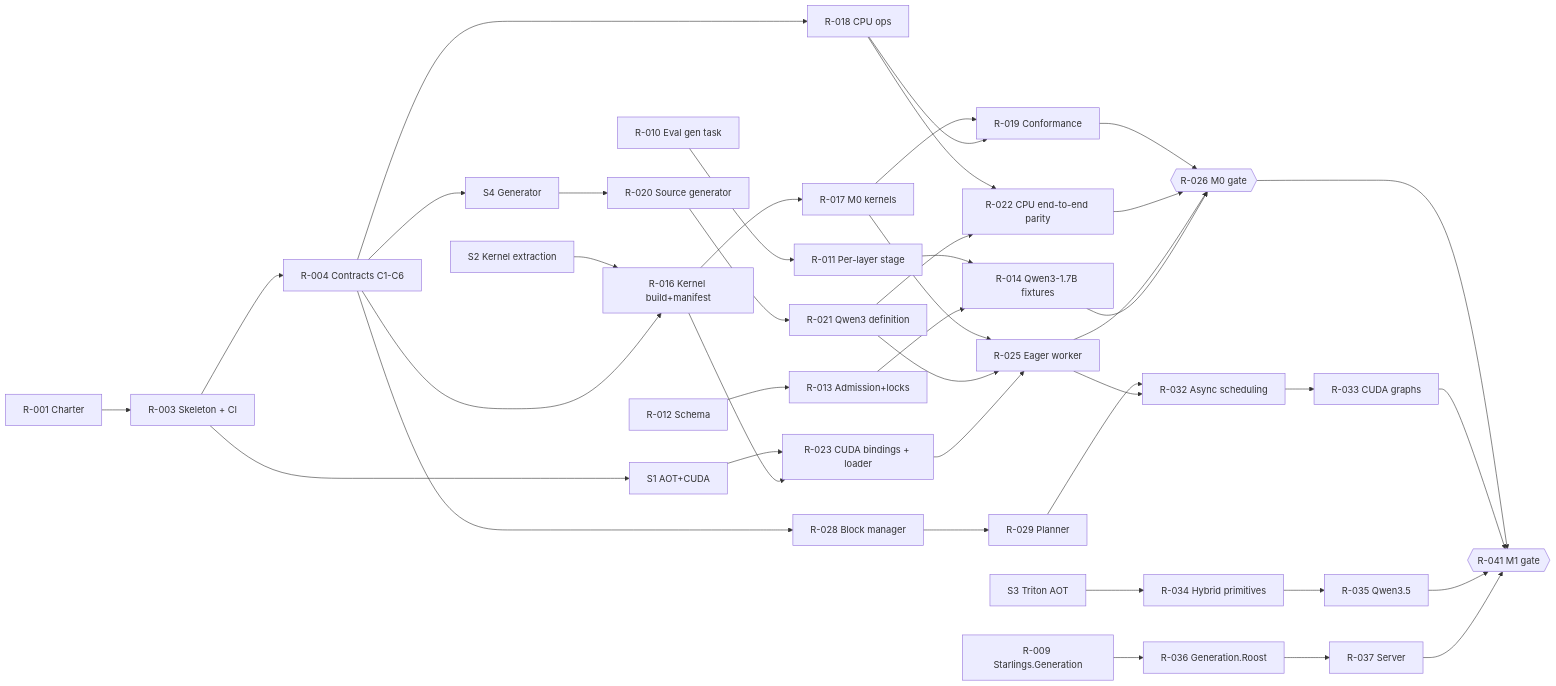
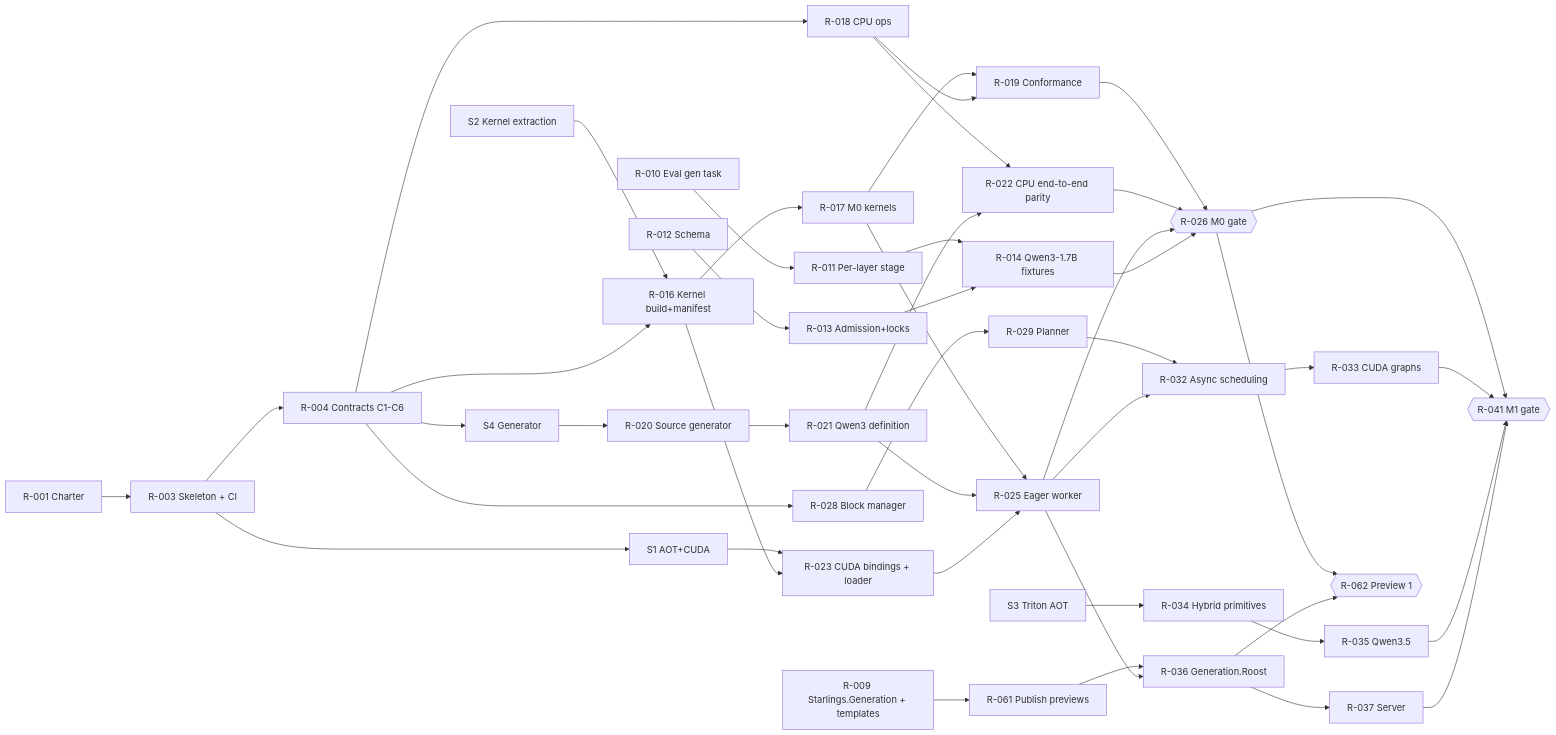
Before and after one commit to starlinghq/roost: the diagram in docs/plan/build-plan.md, drawn with Mermaid. The commit also changed other lines of this file and 1 other file, not shown here.

````diff
--- a/docs/plan/build-plan.md
+++ b/docs/plan/build-plan.md
@@ -157,23 +168,26 @@
 ```mermaid
 flowchart LR
   R001[R-001 Charter] --> R003[R-003 Skeleton + CI]
   R003 --> R004[R-004 Contracts C1-C6]
   R003 --> S1[S1 AOT+CUDA]
   S2[S2 Kernel extraction] --> R016[R-016 Kernel build+manifest]
   R004 --> R016 --> R017[R-017 M0 kernels]
   R004 --> S4[S4 Generator] --> R020[R-020 Source generator]
   R004 --> R018[R-018 CPU ops]
   R020 --> R021[R-021 Qwen3 definition]
   R018 & R021 --> R022[R-022 CPU end-to-end parity]
   S1 & R016 --> R023[R-023 CUDA bindings + loader]
   R017 & R021 & R023 --> R025[R-025 Eager worker]
   R010[R-010 Eval gen task] --> R011[R-011 Per-layer stage] --> R014[R-014 Qwen3-1.7B fixtures]
   R012[R-012 Schema] --> R013[R-013 Admission+locks] --> R014
   R017 & R018 --> R019[R-019 Conformance]
   R019 & R022 & R025 & R014 --> M0{{R-026 M0 gate}}
   R004 --> R028[R-028 Block manager] --> R029[R-029 Planner]
   R029 & R025 --> R032[R-032 Async scheduling] --> R033[R-033 CUDA graphs]
   S3[S3 Triton AOT] --> R034[R-034 Hybrid primitives] --> R035[R-035 Qwen3.5]
-  R009[R-009 Starlings.Generation] --> R036[R-036 Generation.Roost] --> R037[R-037 Server]
+  R009[R-009 Starlings.Generation + templates] --> R061[R-061 Publish previews]
+  R061 & R025 --> R036[R-036 Generation.Roost]
+  M0 & R036 --> P1{{R-062 Preview 1}}
+  R036 --> R037[R-037 Server]
   M0 & R033 & R035 & R037 --> M1{{R-041 M1 gate}}
 ```
````
